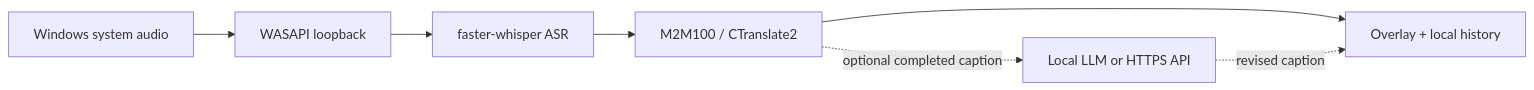
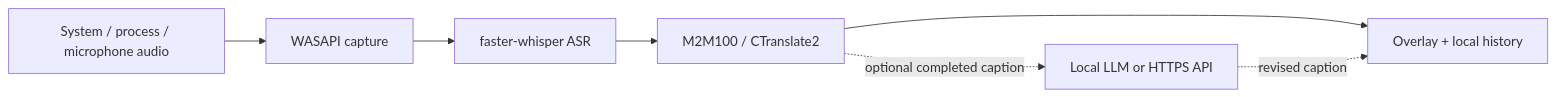
One commit to MuzeAnisichael/LinguaRelay changed the diagram in README.md. Above: the diagram before and after it, drawn with Mermaid. The commit also changed other lines of this file and 48 other files, not shown here.

````diff
--- a/README.md
+++ b/README.md
@@ -104,9 +111,9 @@
 ```mermaid
 flowchart LR
-    A["Windows system audio"] --> B["WASAPI loopback"]
+    A["System / process / microphone audio"] --> B["WASAPI capture"]
     B --> C["faster-whisper ASR"]
     C --> D["M2M100 / CTranslate2"]
     D --> E["Overlay + local history"]
     D -. "optional completed caption" .-> F["Local LLM or HTTPS API"]
     F -. "revised caption" .-> E
 ```
````
